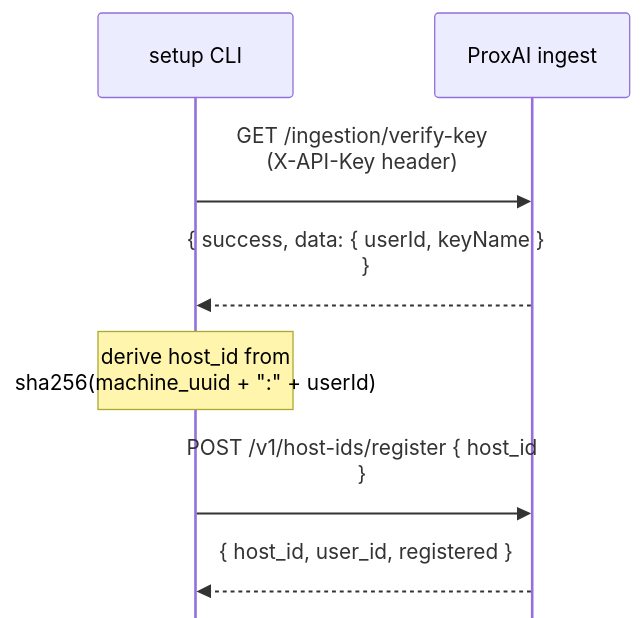
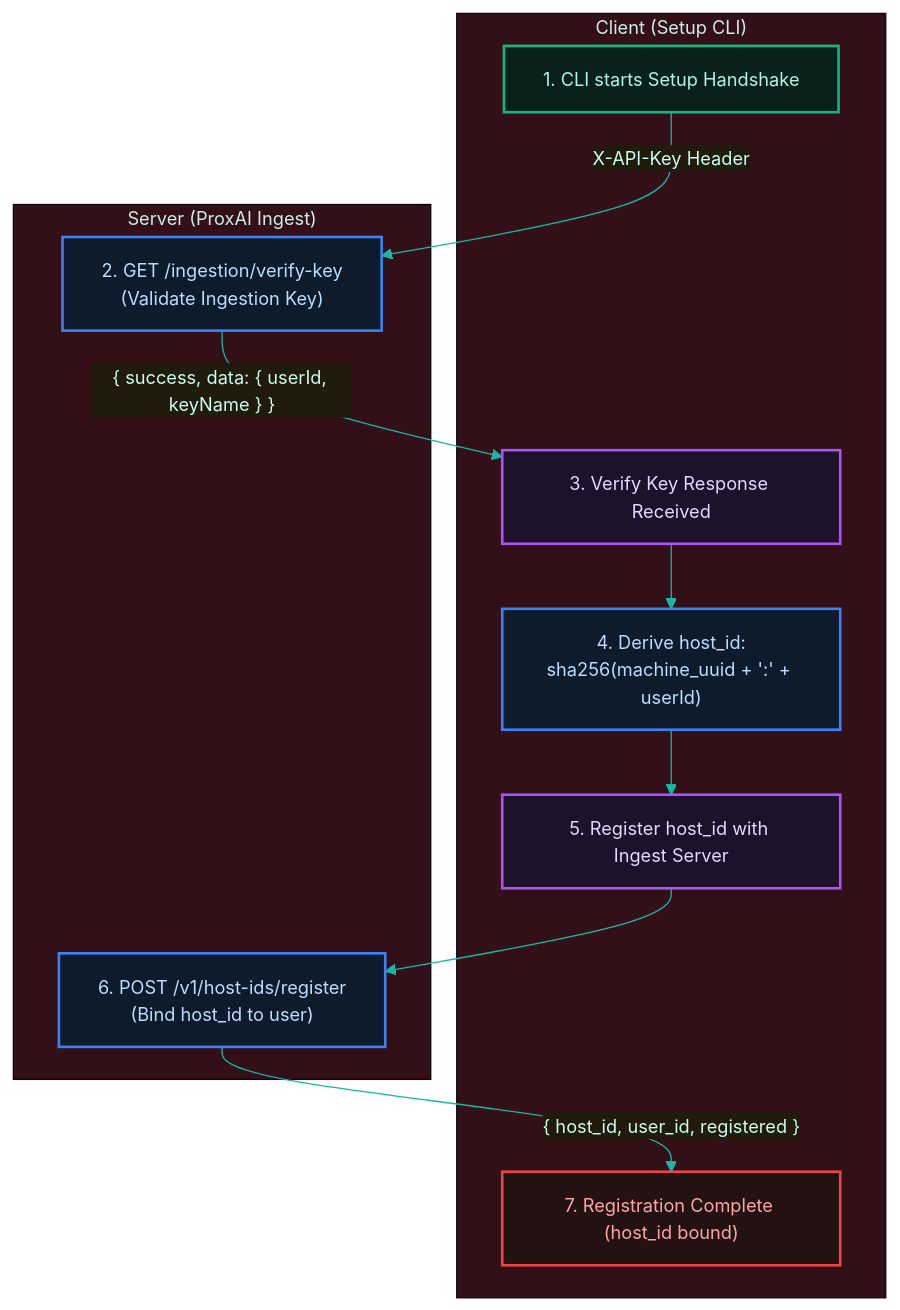
Before and after one commit to proxai/proxai_gateway: the diagram in docs/05-backend/5.2-identity-auth-and-privacy.md, drawn with Mermaid. The commit also changed other lines of this file and 65 other files, not shown here.

````diff
--- a/docs/05-backend/5.2-identity-auth-and-privacy.md
+++ b/docs/05-backend/5.2-identity-auth-and-privacy.md
@@ -31,11 +33,39 @@
 ```mermaid
-%%{init: {'flowchart': {'useMaxWidth': false, 'htmlLabels': true, 'curve': 'basis', 'nodeSpacing': 60, 'rankSpacing': 80, 'padding': 20}, 'sequence': {'useMaxWidth': false, 'mirrorActors': false, 'actorMargin': 100, 'messageMargin': 50, 'boxMargin': 20, 'wrap': true}, 'stateDiagram': {'useMaxWidth': false, 'nodeSpacing': 60, 'rankSpacing': 80}, 'themeVariables': {'fontSize': '15px'}}}%%
-sequenceDiagram
-  participant CLI as setup CLI
-  participant Server as ProxAI ingest
-  CLI->>Server: GET /ingestion/verify-key (X-API-Key header)
-  Server-->>CLI: { success, data: { userId, keyName } }
-  Note over CLI: derive host_id from<br/>sha256(machine_uuid + ":" + userId)
-  CLI->>Server: POST /v1/host-ids/register { host_id }
-  Server-->>CLI: { host_id, user_id, registered }
+%%{init: { 'theme': 'base', 'themeVariables': { 'background': '#081612', 'primaryColor': '#0a201b', 'primaryTextColor': '#ccfbf1', 'primaryBorderColor': '#14b8a6', 'lineColor': '#14b8a6', 'fontSize': '14px' } }}%%
+flowchart TD
+    subgraph Client ["Client (Setup CLI)"]
+        A1["1. CLI starts Setup Handshake"]
+        A2["3. Verify Key Response Received"]
+        A3["4. Derive host_id:<br/>sha256(machine_uuid + ':' + userId)"]
+        A4["5. Register host_id with Ingest Server"]
+        A5["7. Registration Complete (host_id bound)"]
+    end
+
+    subgraph Server ["Server (ProxAI Ingest)"]
+        B1["2. GET /ingestion/verify-key<br/>(Validate Ingestion Key)"]
+        B2["6. POST /v1/host-ids/register<br/>(Bind host_id to user)"]
+    end
+
+    A1 -->|"X-API-Key Header"| B1
+    B1 -->|"{ success, data: { userId, keyName } }"| A2
+    A2 --> A3
+    A3 --> A4
+    A4 --> B2
+    B2 -->|"{ host_id, user_id, registered }"| A5
+
+    %% Colorization Taxonomy
+    classDef startNode fill:#0a201b,stroke:#10b981,stroke-width:2px,color:#b3f5e6;
+    classDef stopNode fill:#241212,stroke:#ef4444,stroke-width:2px,color:#fca5a5;
+    classDef decNode fill:#241c0e,stroke:#f59e0b,stroke-width:2px,color:#fde68a;
+    classDef processNode fill:#0d1b2d,stroke:#3b82f6,stroke-width:2px,color:#bfdbfe;
+    classDef actionNode fill:#1e112c,stroke:#a855f7,stroke-width:2px,color:#e9d5ff;
+    classDef default fill:#0a201b,stroke:#14b8a6,stroke-width:2px,color:#ccfbf1;
+
+    class A1 startNode;
+    class A2 actionNode;
+    class A3 processNode;
+    class A4 actionNode;
+    class A5 stopNode;
+    class B1 processNode;
+    class B2 processNode;
 ```
````
